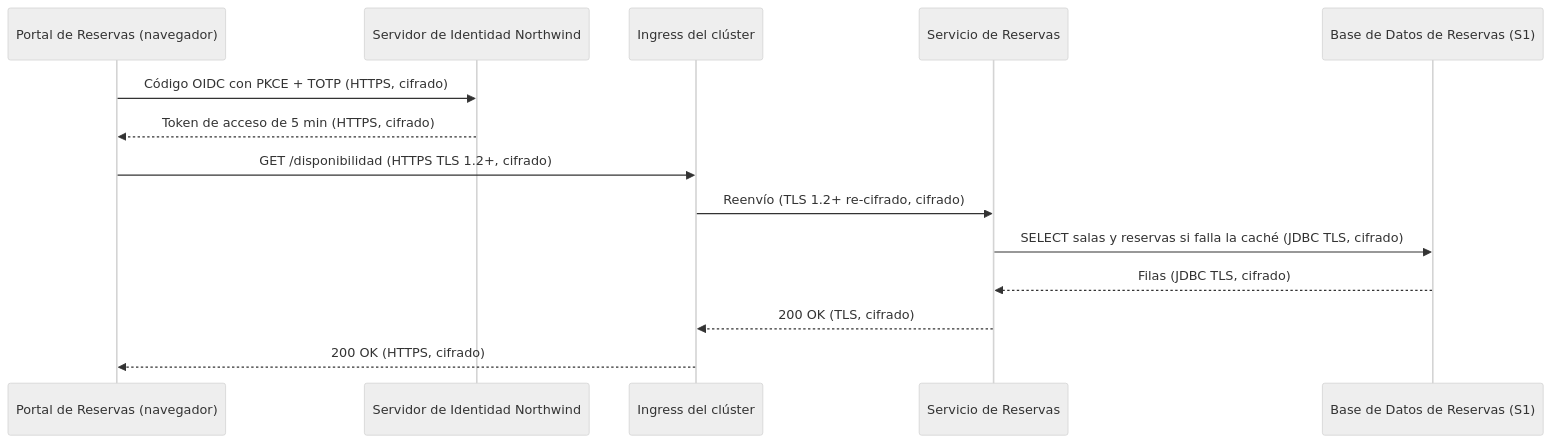
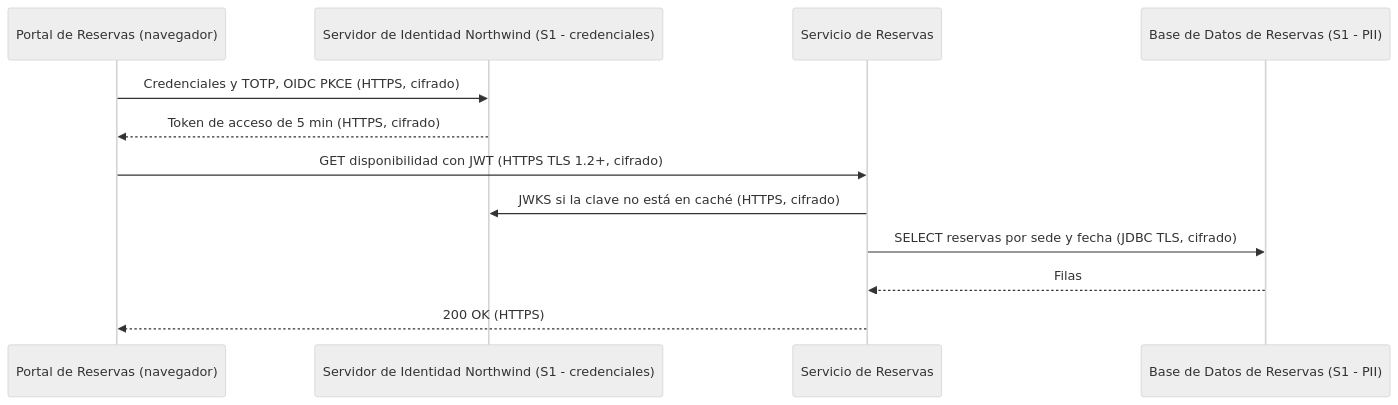
Before and after one commit to shadowX4fox/northwind-reservas: the third of 3 diagrams in analysis/DATA-SENSITIVITY-2026-11-03.md, drawn with Mermaid (neutral theme). The commit also changed other lines of this file and 7 other files, not shown here.

````diff
--- a/analysis/DATA-SENSITIVITY-2026-11-03.md
+++ b/analysis/DATA-SENSITIVITY-2026-11-03.md
@@ -99,16 +85,14 @@
 ```mermaid
 sequenceDiagram
-  participant P as Portal de Reservas (navegador)
-  participant K as Servidor de Identidad Northwind
-  participant G as Ingress del clúster
-  participant S as Servicio de Reservas
-  participant D as Base de Datos de Reservas (S1)
-  P->>K: Código OIDC con PKCE + TOTP (HTTPS, cifrado)
-  K-->>P: Token de acceso de 5 min (HTTPS, cifrado)
-  P->>G: GET /disponibilidad (HTTPS TLS 1.2+, cifrado)
-  G->>S: Reenvío (TLS 1.2+ re-cifrado, cifrado)
-  S->>D: SELECT salas y reservas si falla la caché (JDBC TLS, cifrado)
-  D-->>S: Filas (JDBC TLS, cifrado)
-  S-->>G: 200 OK (TLS, cifrado)
-  G-->>P: 200 OK (HTTPS, cifrado)
+  participant Navegador as Portal de Reservas (navegador)
+  participant IdP as Servidor de Identidad Northwind (S1 - credenciales)
+  participant Servicio as Servicio de Reservas
+  participant DB as Base de Datos de Reservas (S1 - PII)
+  Navegador->>IdP: Credenciales y TOTP, OIDC PKCE (HTTPS, cifrado)
+  IdP-->>Navegador: Token de acceso de 5 min (HTTPS, cifrado)
+  Navegador->>Servicio: GET disponibilidad con JWT (HTTPS TLS 1.2+, cifrado)
+  Servicio->>IdP: JWKS si la clave no está en caché (HTTPS, cifrado)
+  Servicio->>DB: SELECT reservas por sede y fecha (JDBC TLS, cifrado)
+  DB-->>Servicio: Filas
+  Servicio-->>Navegador: 200 OK (HTTPS)
 ```
````
